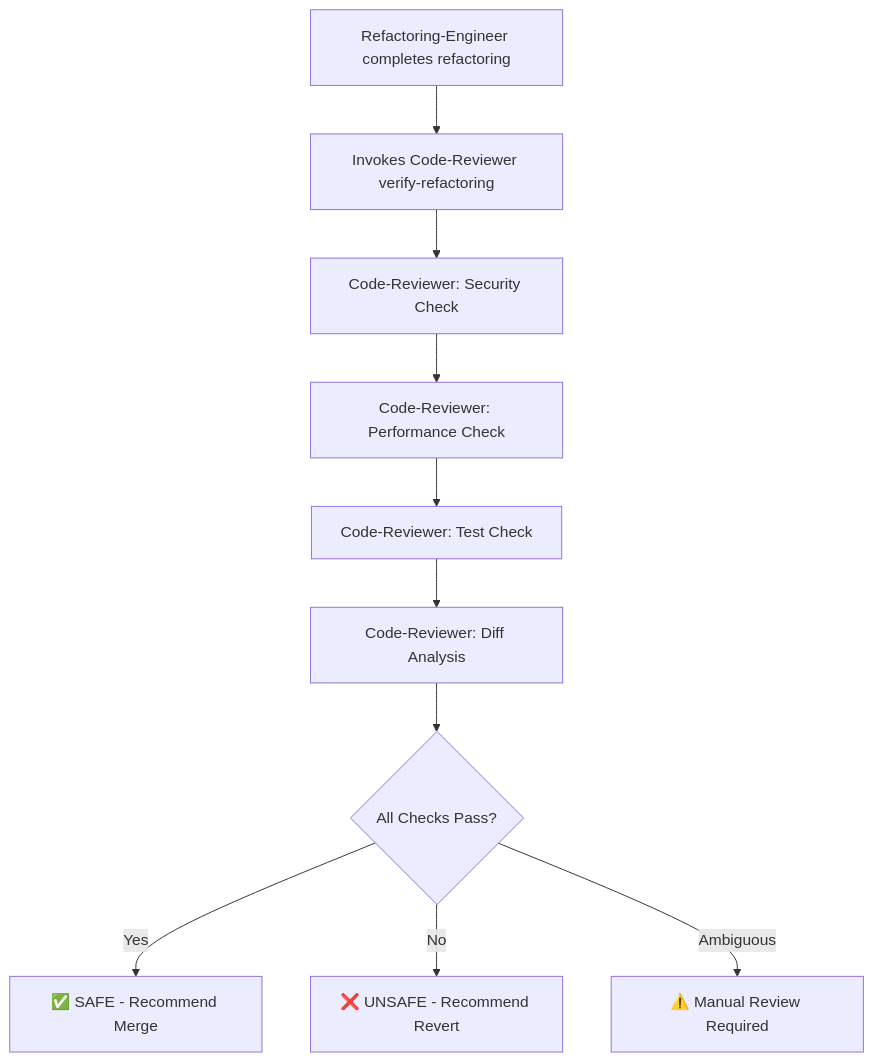
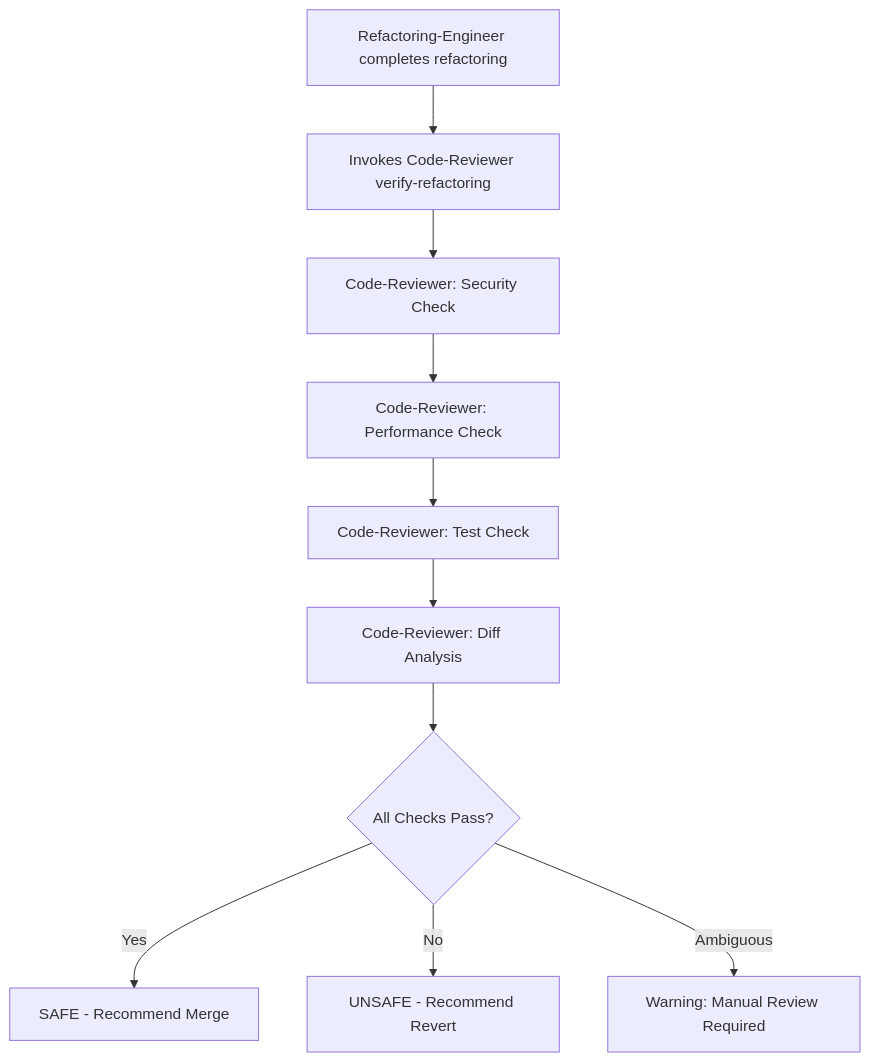
One commit to FF-GardenFn/llm-playground changed the diagram in agents/code-reviewer/verification/commands.md. Above: the diagram before and after it, drawn with Mermaid. The commit also changed other lines of this file and 36 other files, not shown here.

````diff
--- a/agents/code-reviewer/verification/commands.md
+++ b/agents/code-reviewer/verification/commands.md
@@ -371,12 +371,12 @@
 ```mermaid
 graph TD
     A[Refactoring-Engineer completes refactoring] --> B[Invokes Code-Reviewer verify-refactoring]
     B --> C[Code-Reviewer: Security Check]
     C --> D[Code-Reviewer: Performance Check]
     D --> E[Code-Reviewer: Test Check]
     E --> F[Code-Reviewer: Diff Analysis]
     F --> G{All Checks Pass?}
-    G -->|Yes| H[✅ SAFE - Recommend Merge]
-    G -->|No| I[❌ UNSAFE - Recommend Revert]
-    G -->|Ambiguous| J[⚠️ Manual Review Required]
+    G -->|Yes| H[ SAFE - Recommend Merge]
+    G -->|No| I[ UNSAFE - Recommend Revert]
+    G -->|Ambiguous| J[Warning: Manual Review Required]
 ```
````
